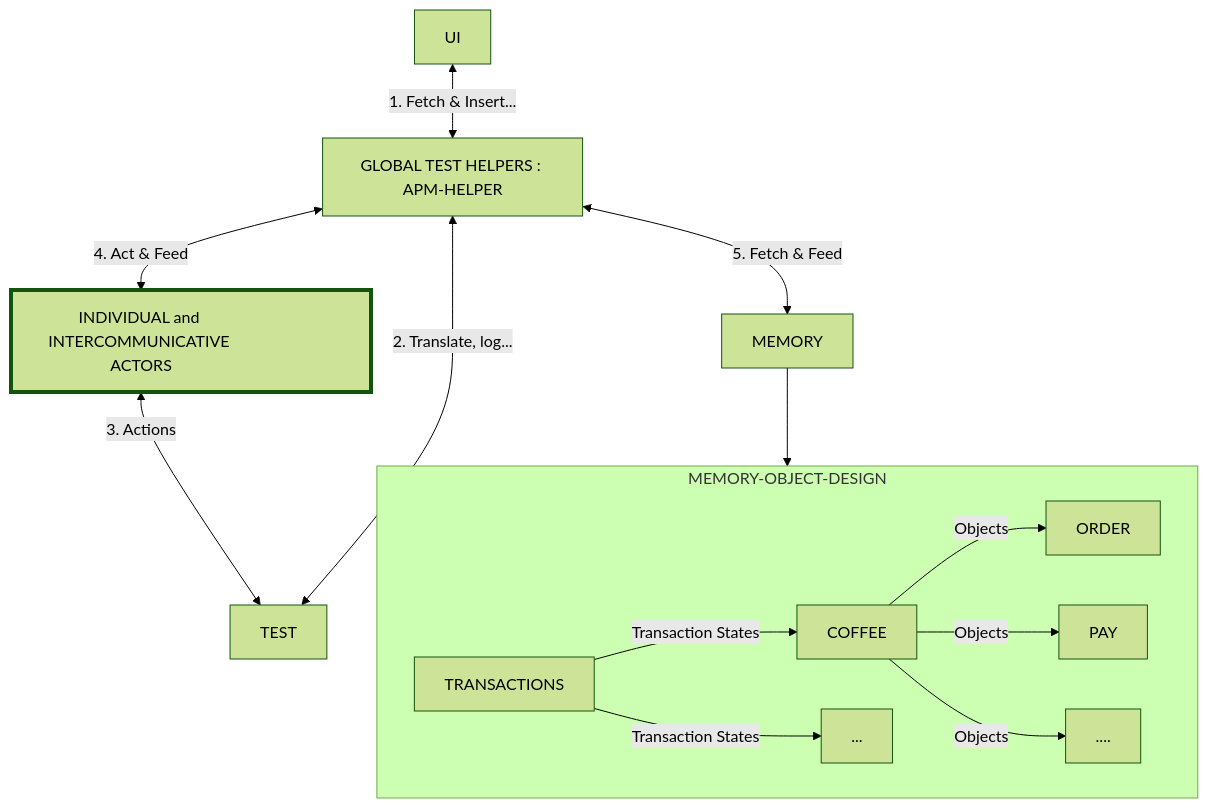
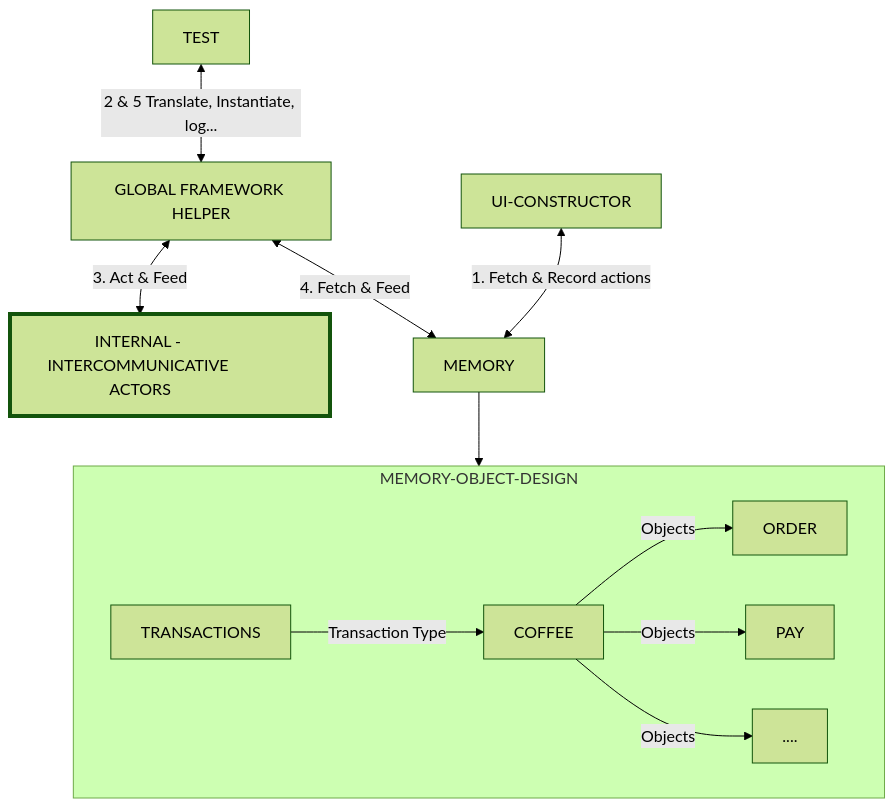
The diagram in doc.md (chrisenitan/modular-test-framework), drawn with Mermaid (forest theme) before and after one commit. The commit also changed other lines of this file, not shown here.

Commit message:
redesign flow dig

````diff
--- a/doc.md
+++ b/doc.md
@@ -112,23 +112,21 @@
 ```mermaid
 flowchart TB
-GlobalHelper[GLOBAL TEST HELPERS : APM-HELPER]
-GlobalHelper <--> |4. Act & Feed|HELPER[HELPER]
-TEST <--> |2. Translate, log...|GlobalHelper
-UI <--> |1. Fetch & Insert...|GlobalHelper
+GlobalHelper[GLOBAL FRAMEWORK HELPER]
+GlobalHelper <--> |3. Act & Feed|HELPER[HELPER]
+TEST <--> |2 & 5 Translate, Instantiate, log...|GlobalHelper
+UI-CONSTRUCTOR <--> |1. Fetch & Record actions|MEMORY
 
-    style HELPER width:360px,margin-bottom:100px,stroke-width:4px
-HELPER[INDIVIDUAL and INTERCOMMUNICATIVE ACTORS]
-HELPER <--> |3. Actions|TEST
+    style HELPER width:320px,margin-bottom:100px,stroke-width:4px
+HELPER[INTERNAL - INTERCOMMUNICATIVE ACTORS]
 
-GlobalHelper <--> |5. Fetch & Feed|MEMORY
+GlobalHelper <--> |4. Fetch & Feed|MEMORY
 
 MEMORY --> MEMORY-OBJECT-DESIGN
 
 subgraph MEMORY-OBJECT-DESIGN
-        TRANSACTIONS --> |Transaction States|COFFEE
-        TRANSACTIONS --> |Transaction States|...
+        TRANSACTIONS --> |Transaction Type|COFFEE
         COFFEE --> |Objects|ORDER
         COFFEE --> |Objects|PAY
         COFFEE --> |Objects|....
     end
 ```
````
